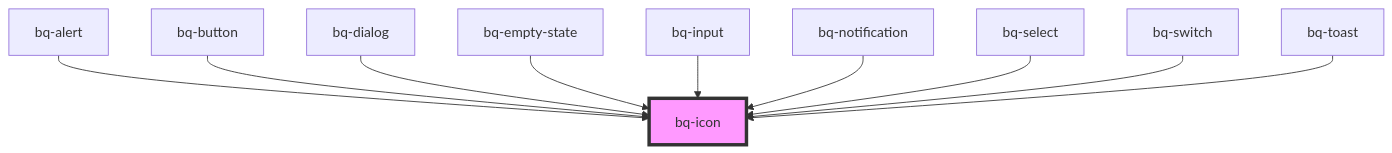
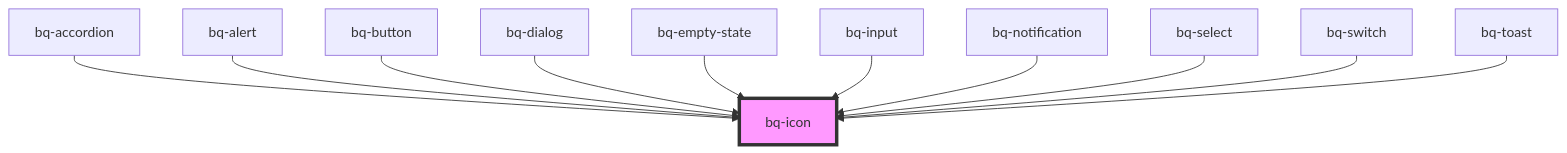
Before and after one commit to Endava/BEEQ: the diagram in packages/beeq/src/components/icon/readme.md, drawn with Mermaid. The commit also changed other lines of this file and 7 other files, not shown here.

````diff
--- a/packages/beeq/src/components/icon/readme.md
+++ b/packages/beeq/src/components/icon/readme.md
@@ -50,13 +51,14 @@
 ```mermaid
 graph TD;
+  bq-accordion --> bq-icon
   bq-alert --> bq-icon
   bq-button --> bq-icon
   bq-dialog --> bq-icon
   bq-empty-state --> bq-icon
   bq-input --> bq-icon
   bq-notification --> bq-icon
   bq-select --> bq-icon
   bq-switch --> bq-icon
   bq-toast --> bq-icon
   style bq-icon fill:#f9f,stroke:#333,stroke-width:4px
 ```
````
